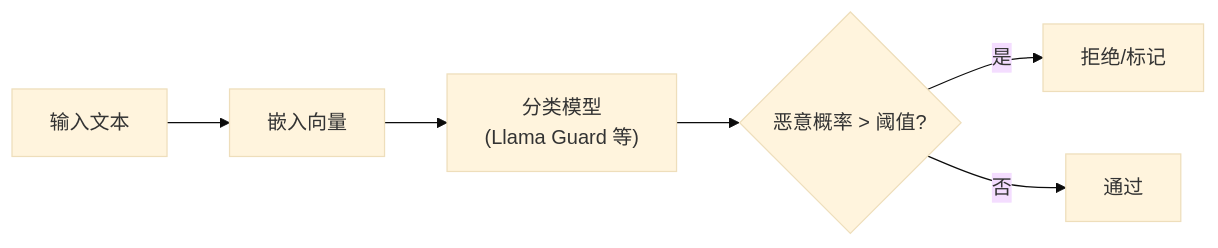
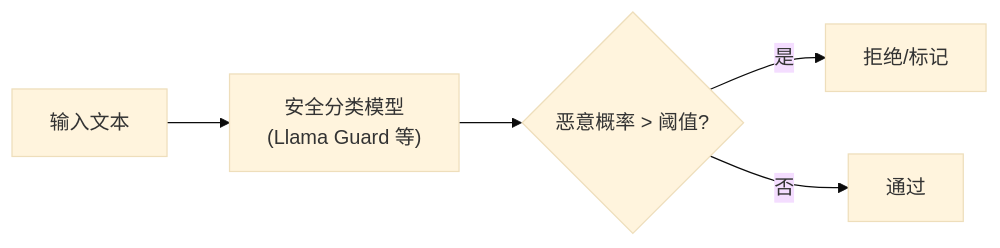
The second of 2 diagrams in 09_io_protection/9.1_input_validation.md (yeasy/ai_security_guide), drawn with Mermaid (base theme) before and after one commit. The commit also changed other lines of this file and 24 other files, not shown here.

````diff
--- a/09_io_protection/9.1_input_validation.md
+++ b/09_io_protection/9.1_input_validation.md
@@ -223,8 +223,7 @@
 ```mermaid
 flowchart LR
-    A["输入文本"] --> B["嵌入向量"]
-    B --> C["分类模型<br/>(Llama Guard 等)"]
-    C --> D{"恶意概率 > 阈值?"}
-    D --> |是| E["拒绝/标记"]
-    D --> |否| F["通过"]
+    A["输入文本"] --> B["安全分类模型<br/>(Llama Guard 等)"]
+    B --> C{"恶意概率 > 阈值?"}
+    C --> |是| D["拒绝/标记"]
+    C --> |否| E["通过"]
 ```
````
